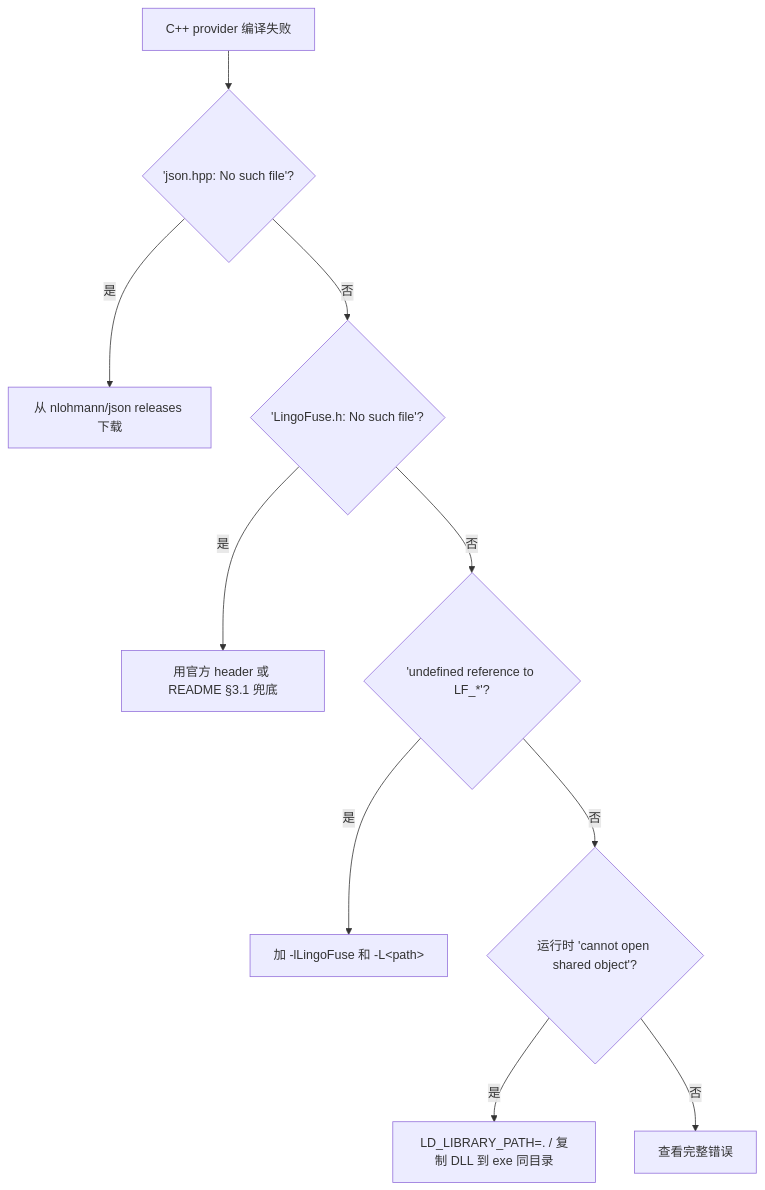
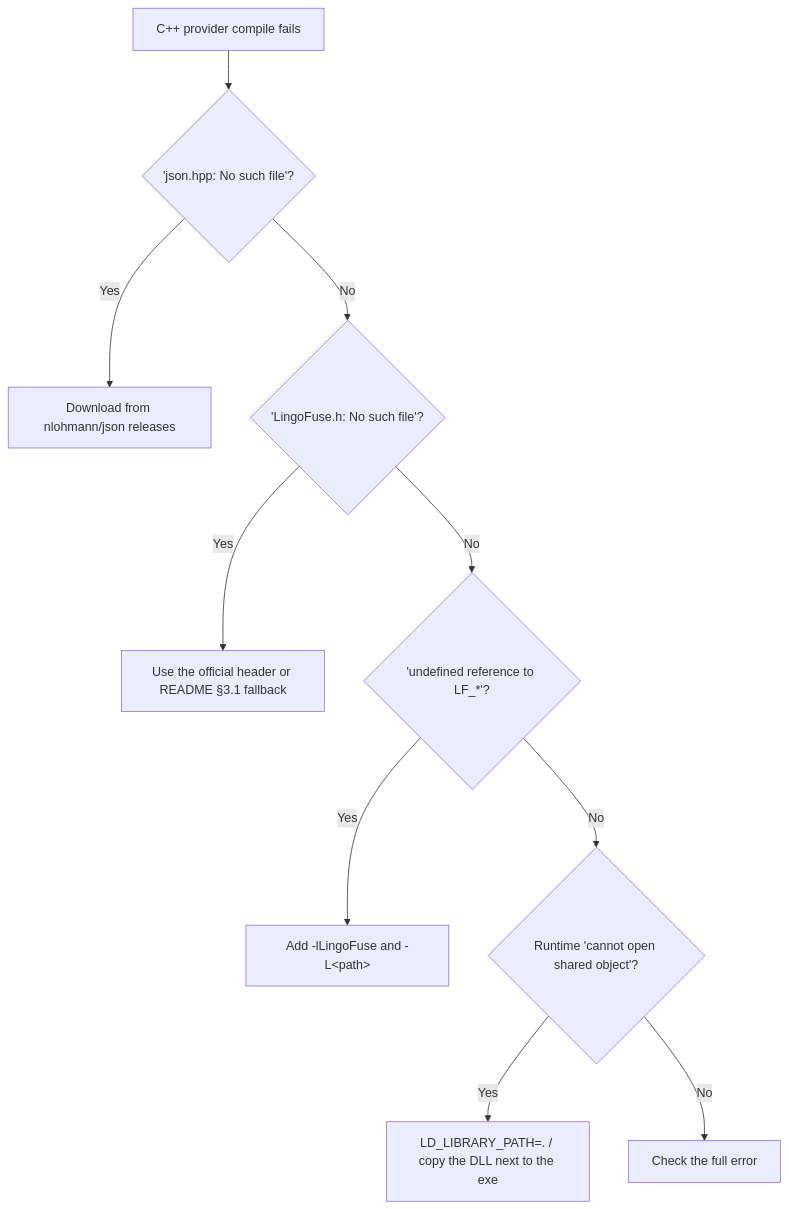
One commit to PassByYou888/LingoFuse-Tools changed diagram 14 of 15 in src/pascal_c_to_mcp/code_decl_to_mcp_knowledge_base.md. Above: the diagram before and after it, drawn with Mermaid. The commit also changed other lines of this file, not shown here.

````diff
--- a/src/pascal_c_to_mcp/code_decl_to_mcp_knowledge_base.md
+++ b/src/pascal_c_to_mcp/code_decl_to_mcp_knowledge_base.md
@@ -1669,12 +1670,12 @@
 ```mermaid
 flowchart TD
-    START["C++ provider 编译失败"] --> Q1{"'json.hpp: No such file'?"}
-    Q1 -- 是 --> A1["从 nlohmann/json releases 下载"]
-    Q1 -- 否 --> Q2{"'LingoFuse.h: No such file'?"}
-    Q2 -- 是 --> A2["用官方 header 或 README §3.1 兜底"]
-    Q2 -- 否 --> Q3{"'undefined reference to LF_*'?"}
-    Q3 -- 是 --> A3["加 -lLingoFuse 和 -L&lt;path&gt;"]
-    Q3 -- 否 --> Q4{"运行时 'cannot open shared object'?"}
-    Q4 -- 是 --> A4["LD_LIBRARY_PATH=. / 复制 DLL 到 exe 同目录"]
-    Q4 -- 否 --> Q5["查看完整错误"]
+    START["C++ provider compile fails"] --> Q1{"'json.hpp: No such file'?"}
+    Q1 -- Yes --> A1["Download from nlohmann/json releases"]
+    Q1 -- No --> Q2{"'LingoFuse.h: No such file'?"}
+    Q2 -- Yes --> A2["Use the official header or README §3.1 fallback"]
+    Q2 -- No --> Q3{"'undefined reference to LF_*'?"}
+    Q3 -- Yes --> A3["Add -lLingoFuse and -L&lt;path&gt;"]
+    Q3 -- No --> Q4{"Runtime 'cannot open shared object'?"}
+    Q4 -- Yes --> A4["LD_LIBRARY_PATH=. / copy the DLL next to the exe"]
+    Q4 -- No --> Q5["Check the full error"]
 ```
````
